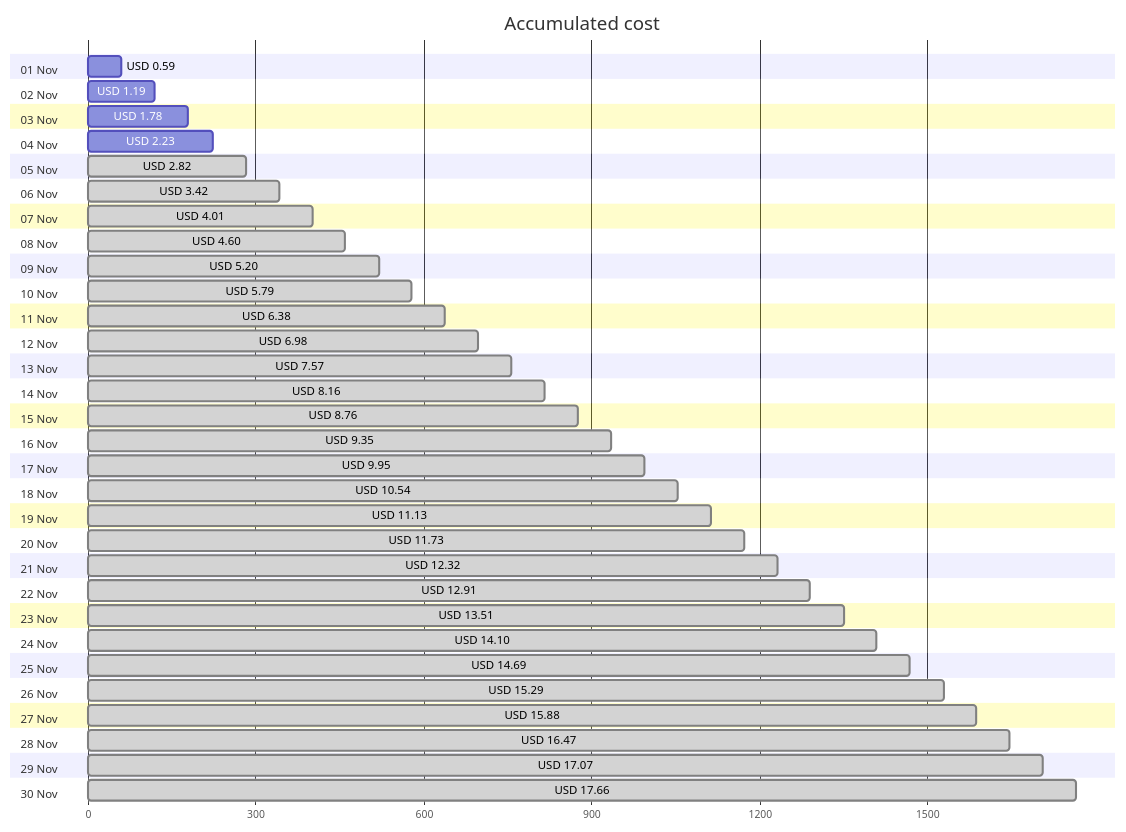
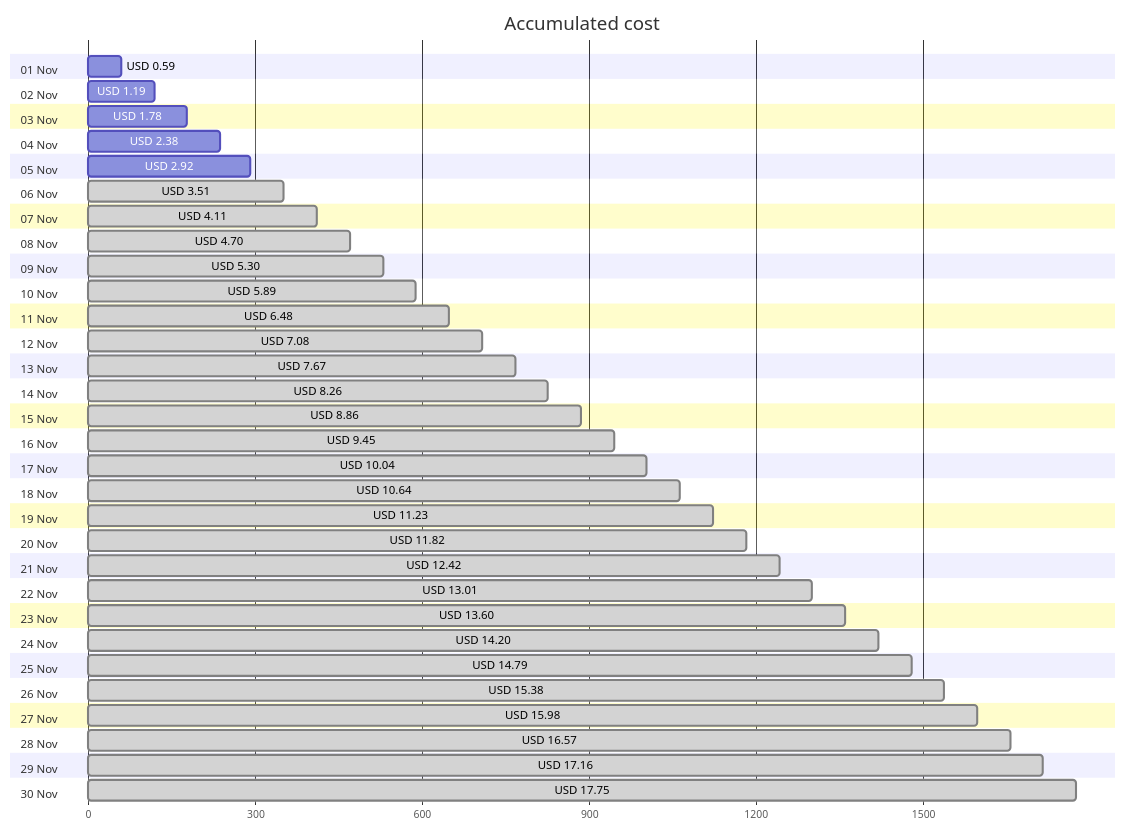
Before and after one commit to jpfulton/azure-personal-reports: the first of 4 diagrams in cost-reports/personal-site/README.md, drawn with Mermaid. The commit also changed other lines of this file and 6 other files, not shown here.

````diff
--- a/cost-reports/personal-site/README.md
+++ b/cost-reports/personal-site/README.md
@@ -20,66 +20,66 @@
 ```mermaid
 gantt
    title Accumulated cost
    dateFormat  X
    axisFormat %s
    section 01 Nov
    USD 0.59 :0, 59
    section 02 Nov
    USD 1.19 :0, 119
    section 03 Nov
    USD 1.78 :0, 178
    section 04 Nov
-   USD 2.23 :0, 223
+   USD 2.38 :0, 238
    section 05 Nov
-   USD 2.82 : done, 0, 282
+   USD 2.92 :0, 292
    section 06 Nov
-   USD 3.42 : done, 0, 342
+   USD 3.51 : done, 0, 351
    section 07 Nov
-   USD 4.01 : done, 0, 401
+   USD 4.11 : done, 0, 411
    section 08 Nov
-   USD 4.60 : done, 0, 460
+   USD 4.70 : done, 0, 470
    section 09 Nov
-   USD 5.20 : done, 0, 520
+   USD 5.30 : done, 0, 530
    section 10 Nov
-   USD 5.79 : done, 0, 579
+   USD 5.89 : done, 0, 589
    section 11 Nov
-   USD 6.38 : done, 0, 638
+   USD 6.48 : done, 0, 648
    section 12 Nov
-   USD 6.98 : done, 0, 698
+   USD 7.08 : done, 0, 708
    section 13 Nov
-   USD 7.57 : done, 0, 757
+   USD 7.67 : done, 0, 767
    section 14 Nov
-   USD 8.16 : done, 0, 816
+   USD 8.26 : done, 0, 826
    section 15 Nov
-   USD 8.76 : done, 0, 876
+   USD 8.86 : done, 0, 886
    section 16 Nov
-   USD 9.35 : done, 0, 935
+   USD 9.45 : done, 0, 945
    section 17 Nov
-   USD 9.95 : done, 0, 995
+   USD 10.04 : done, 0, 1004
    section 18 Nov
-   USD 10.54 : done, 0, 1054
+   USD 10.64 : done, 0, 1064
    section 19 Nov
-   USD 11.13 : done, 0, 1113
+   USD 11.23 : done, 0, 1123
    section 20 Nov
-   USD 11.73 : done, 0, 1173
+   USD 11.82 : done, 0, 1182
    section 21 Nov
-   USD 12.32 : done, 0, 1232
+   USD 12.42 : done, 0, 1242
    section 22 Nov
-   USD 12.91 : done, 0, 1291
+   USD 13.01 : done, 0, 1301
    section 23 Nov
-   USD 13.51 : done, 0, 1351
+   USD 13.60 : done, 0, 1360
    section 24 Nov
-   USD 14.10 : done, 0, 1410
+   USD 14.20 : done, 0, 1420
    section 25 Nov
-   USD 14.69 : done, 0, 1469
+   USD 14.79 : done, 0, 1479
    section 26 Nov
-   USD 15.29 : done, 0, 1529
+   USD 15.38 : done, 0, 1538
    section 27 Nov
-   USD 15.88 : done, 0, 1588
+   USD 15.98 : done, 0, 1598
    section 28 Nov
-   USD 16.47 : done, 0, 1647
+   USD 16.57 : done, 0, 1657
    section 29 Nov
-   USD 17.07 : done, 0, 1707
+   USD 17.16 : done, 0, 1716
    section 30 Nov
-   USD 17.66 : done, 0, 1766
+   USD 17.75 : done, 0, 1775
 ```
````
